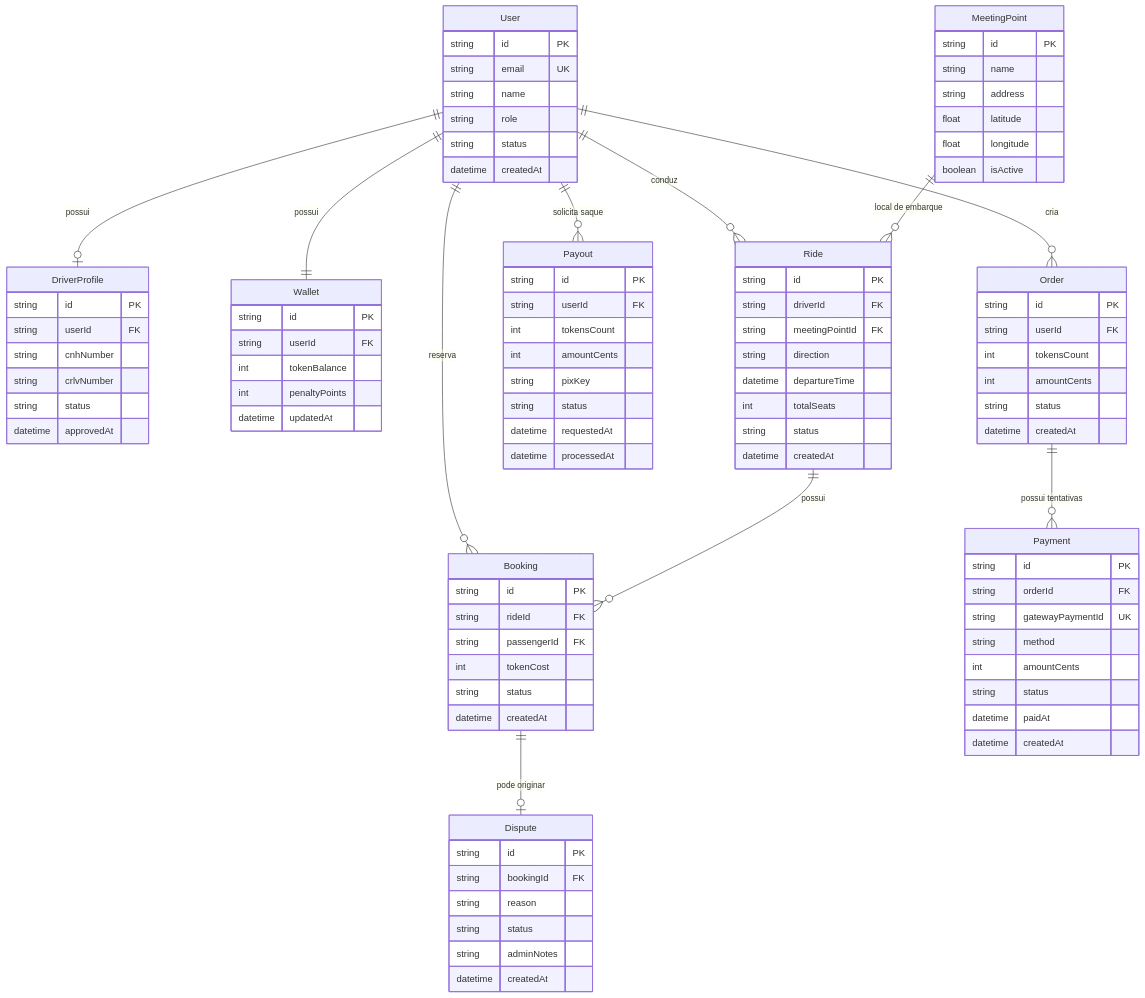
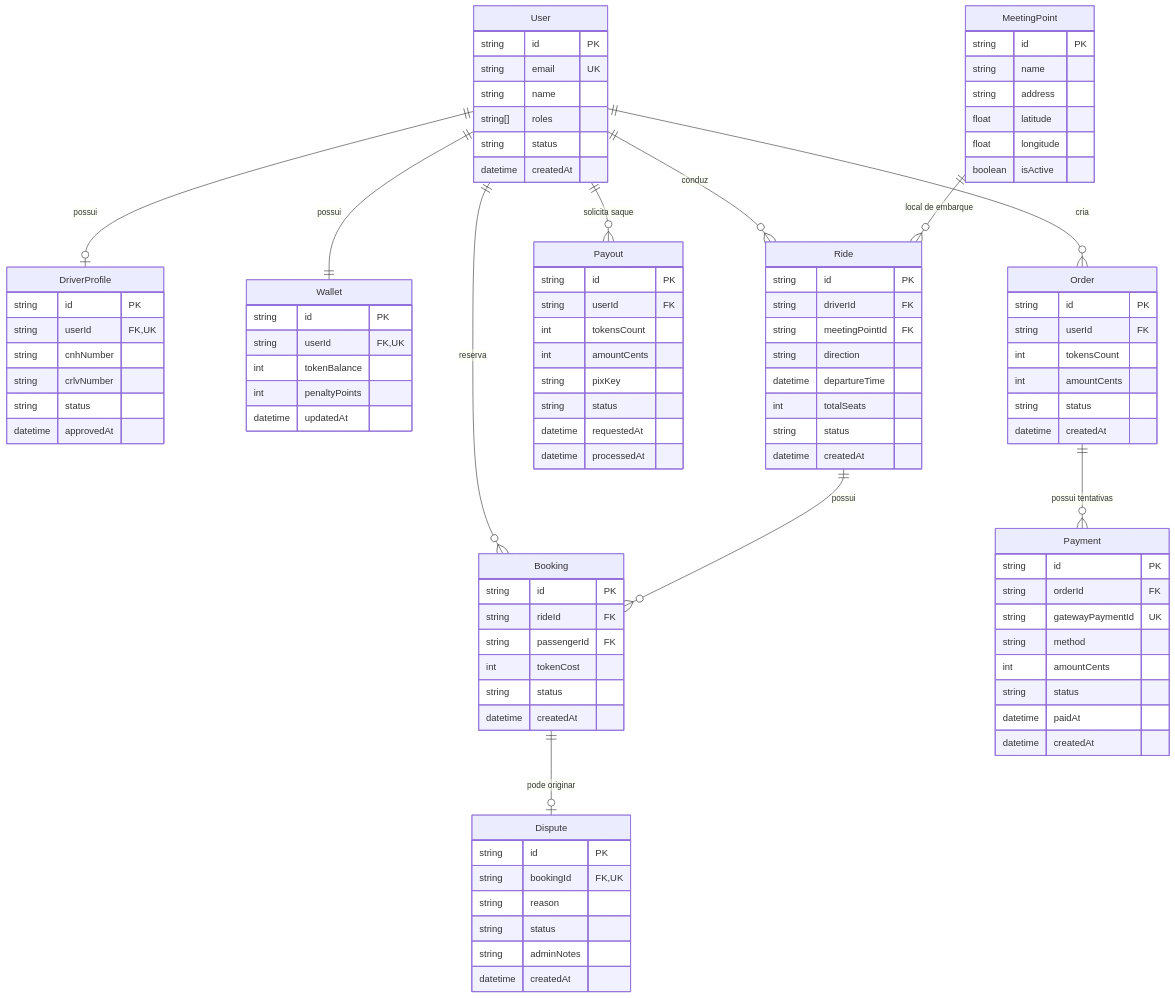
The diagram in docs/architecture.md (giovanacassias/utfgo), drawn with Mermaid before and after one commit. The commit also changed other lines of this file and 1 other file, not shown here.

```diff
--- a/docs/architecture.md
+++ b/docs/architecture.md
@@ -188,14 +205,14 @@
         string id PK
         string email UK
         string name
-        string role
+        string[] roles
         string status
         datetime createdAt
     }
 
     DriverProfile {
         string id PK
-        string userId FK
+        string userId FK, UK
         string cnhNumber
         string crlvNumber
         string status
@@ -204,7 +221,7 @@
 
     Wallet {
         string id PK
-        string userId FK
+        string userId FK, UK
         int tokenBalance
         int penaltyPoints
         datetime updatedAt
@@ -272,7 +289,7 @@
 
     Dispute {
         string id PK
-        string bookingId FK
+        string bookingId FK, UK
         string reason
         string status
         string adminNotes
```
